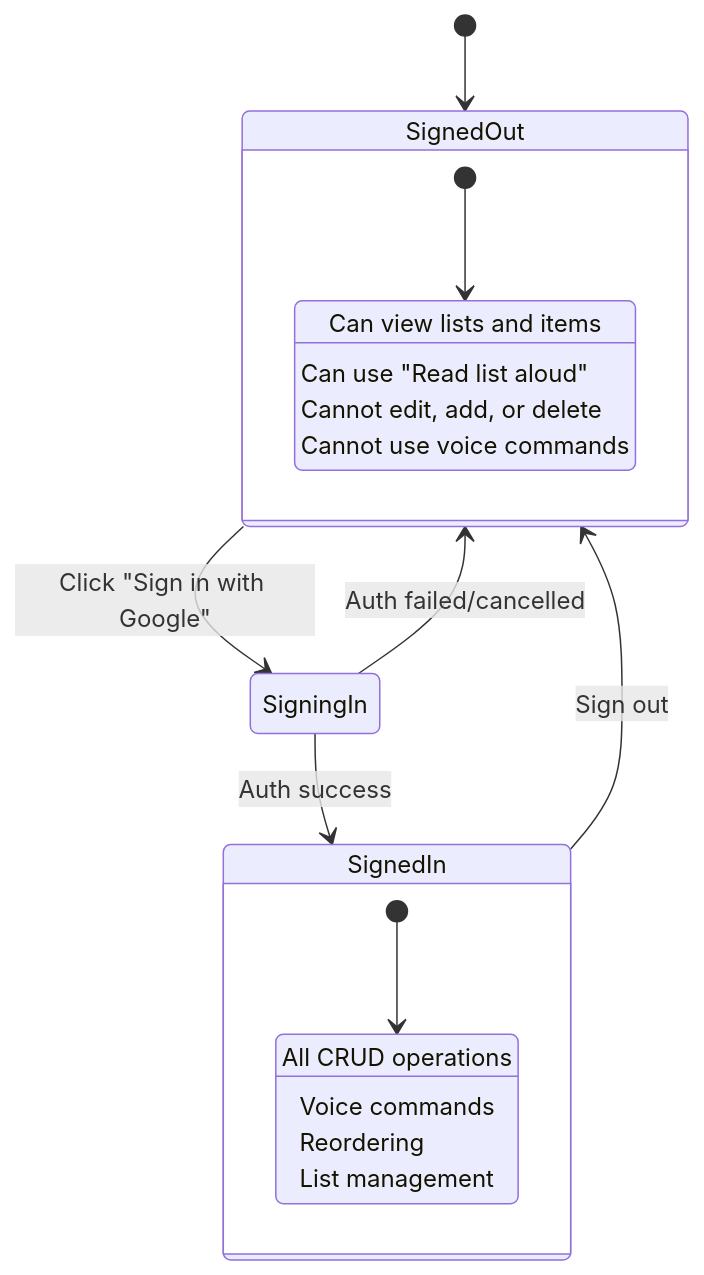
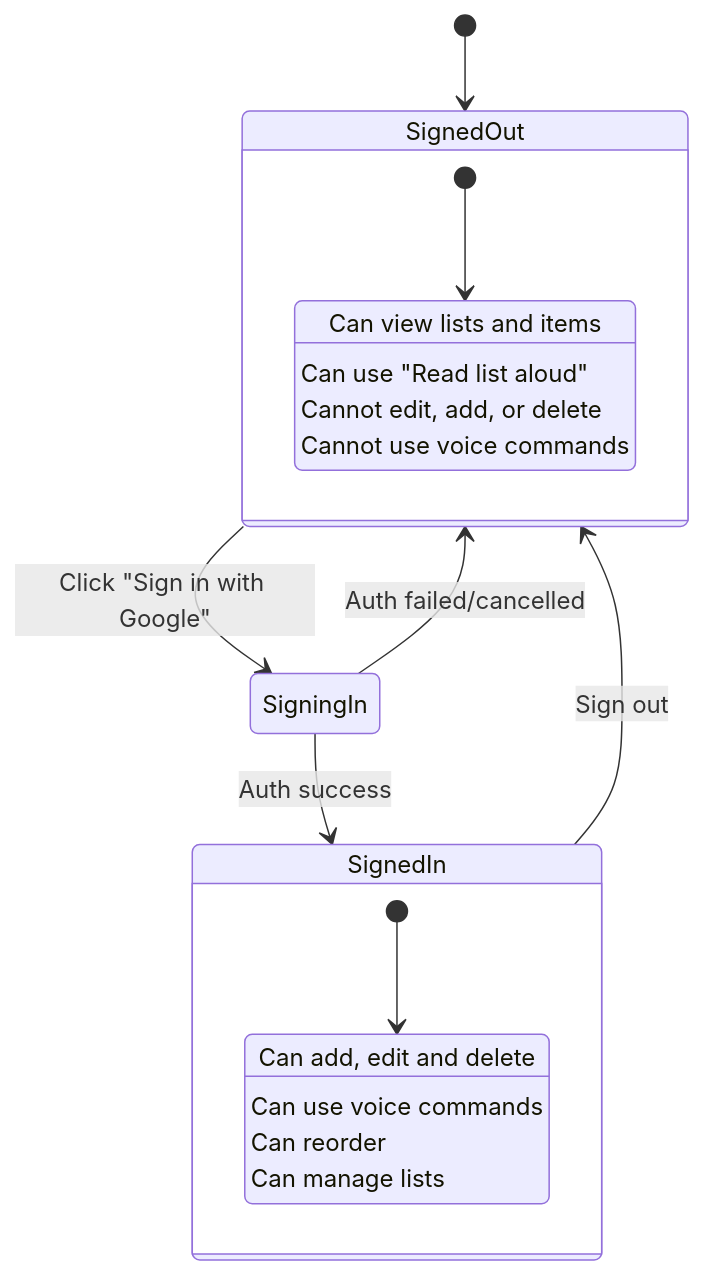
Before and after one commit to nsudhanva/shopping: the seventh of 7 diagrams in README.md, drawn with Mermaid. The commit also changed other lines of this file and 44 other files, not shown here.

````diff
--- a/README.md
+++ b/README.md
@@ -212,24 +196,24 @@
 ```mermaid
 stateDiagram-v2
     [*] --> SignedOut
     SignedOut --> SigningIn: Click "Sign in with Google"
     SigningIn --> SignedIn: Auth success
     SigningIn --> SignedOut: Auth failed/cancelled
     SignedIn --> SignedOut: Sign out
 
     state SignedOut {
         [*] --> ReadOnly
         ReadOnly: Can view lists and items
         ReadOnly: Can use "Read list aloud"
         ReadOnly: Cannot edit, add, or delete
         ReadOnly: Cannot use voice commands
     }
 
     state SignedIn {
         [*] --> FullAccess
-        FullAccess: All CRUD operations
-        FullAccess: Voice commands
-        FullAccess: Reordering
-        FullAccess: List management
+        FullAccess: Can add, edit and delete
+        FullAccess: Can use voice commands
+        FullAccess: Can reorder
+        FullAccess: Can manage lists
     }
 ```
````
